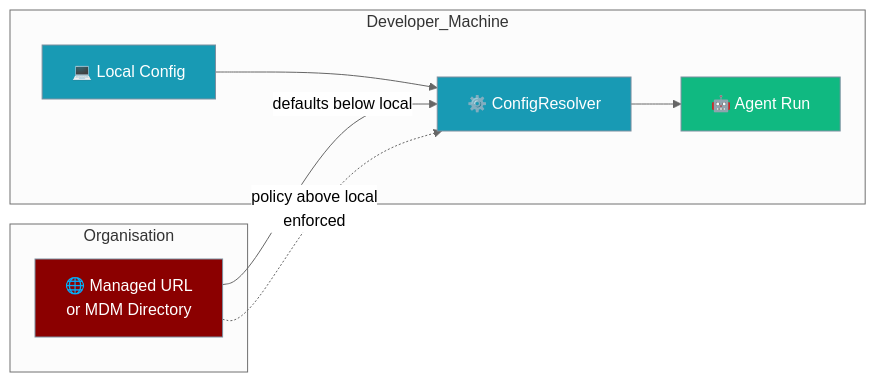
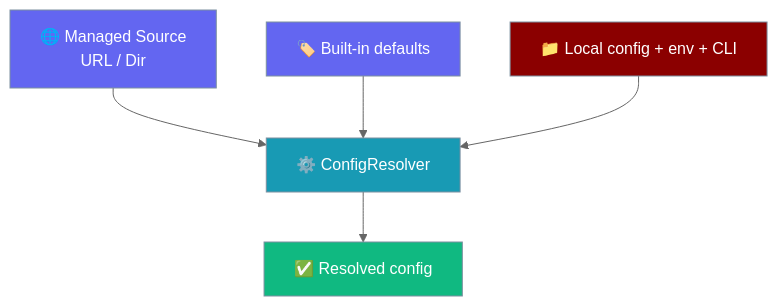
The first of 2 diagrams in docs/features/managed-config.mdx (MervinPraison/PraisonAIDocs), drawn with Mermaid (neutral theme) before and after one commit. The commit also changed other lines of this file and 9 other files, not shown here.

Commit message:
docs: document 2026-07-13 user-facing features (subagents, installer, upgrade/uninstall, managed config, MCP scoped keys, tool timeout) (fixes #1893)

````diff
--- a/docs/features/managed-config.mdx
+++ b/docs/features/managed-config.mdx
@@ -14,22 +20,12 @@
 ```mermaid
-graph LR
-    subgraph Organisation
-        Src[🌐 Managed URL<br/>or MDM Directory]
-    end
-    subgraph Developer_Machine
-        Local[💻 Local Config]
-        Resolver[⚙️ ConfigResolver]
-        Agent[🤖 Agent Run]
-    end
-    Src -->|defaults below local| Resolver
-    Local --> Resolver
-    Src -.->|policy above local<br/>enforced| Resolver
-    Resolver --> Agent
+graph TB
+    S[🌐 Managed Source<br/>URL / Dir]:::config --> R[⚙️ ConfigResolver]:::process
+    D[🏷️ Built-in defaults]:::config --> R
+    L[📁 Local config + env + CLI]:::agent --> R
+    R --> C[✅ Resolved config]:::result
 
-    classDef org fill:#8B0000,stroke:#7C90A0,color:#fff
-    classDef local fill:#189AB4,stroke:#7C90A0,color:#fff
+    classDef agent fill:#8B0000,stroke:#7C90A0,color:#fff
+    classDef process fill:#189AB4,stroke:#7C90A0,color:#fff
+    classDef config fill:#6366F1,stroke:#7C90A0,color:#fff
     classDef result fill:#10B981,stroke:#7C90A0,color:#fff
-    class Src org
-    class Local,Resolver local
-    class Agent result
 ```
````
